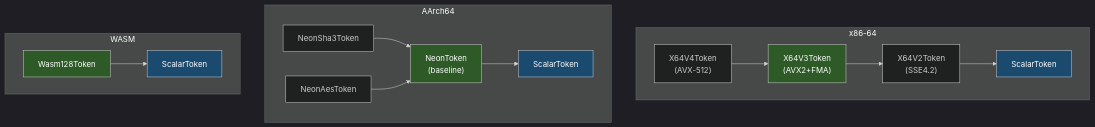
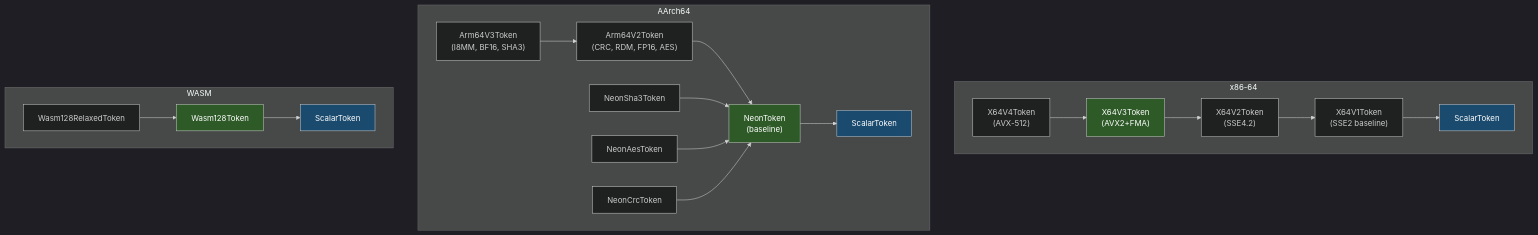
The diagram in docs/book/src/dispatch/tiered-fallback.md (imazen/archmage), drawn with Mermaid before and after one commit. The commit also changed 17 other files, not shown here.

````diff
--- a/docs/book/src/dispatch/tiered-fallback.md
+++ b/docs/book/src/dispatch/tiered-fallback.md
@@ -7,24 +7,29 @@
 ```mermaid
 %%{init: { 'theme': 'dark' }}%%
 flowchart TD
     subgraph x86["x86-64"]
         V4["X64V4Token<br/>(AVX-512)"] --> V3["X64V3Token<br/>(AVX2+FMA)"]
         V3 --> V2["X64V2Token<br/>(SSE4.2)"]
-        V2 --> S1["ScalarToken"]
+        V2 --> V1["X64V1Token<br/>(SSE2 baseline)"]
+        V1 --> S1["ScalarToken"]
     end
     subgraph arm["AArch64"]
-        SHA3["NeonSha3Token"] --> NEON["NeonToken<br/>(baseline)"]
+        ARMV3["Arm64V3Token<br/>(I8MM, BF16, SHA3)"] --> ARMV2["Arm64V2Token<br/>(CRC, RDM, FP16, AES)"]
+        ARMV2 --> NEON["NeonToken<br/>(baseline)"]
+        SHA3["NeonSha3Token"] --> NEON
         AES["NeonAesToken"] --> NEON
+        CRC["NeonCrcToken"] --> NEON
         NEON --> S2["ScalarToken"]
     end
     subgraph wasm["WASM"]
-        W128["Wasm128Token"] --> S3["ScalarToken"]
+        WREL["Wasm128RelaxedToken"] --> W128["Wasm128Token"]
+        W128 --> S3["ScalarToken"]
     end
 
     style V3 fill:#2d5a27,color:#fff
     style NEON fill:#2d5a27,color:#fff
     style W128 fill:#2d5a27,color:#fff
     style S1 fill:#1a4a6e,color:#fff
     style S2 fill:#1a4a6e,color:#fff
     style S3 fill:#1a4a6e,color:#fff
 ```
````
